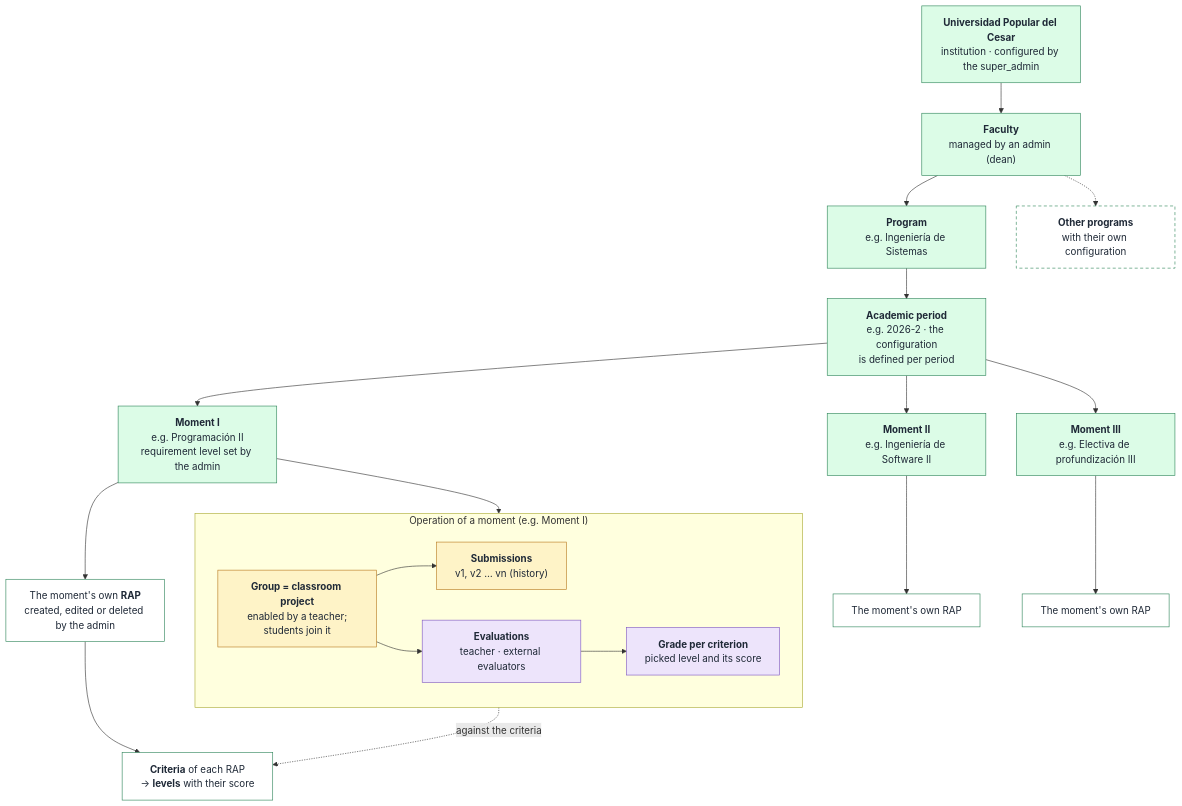
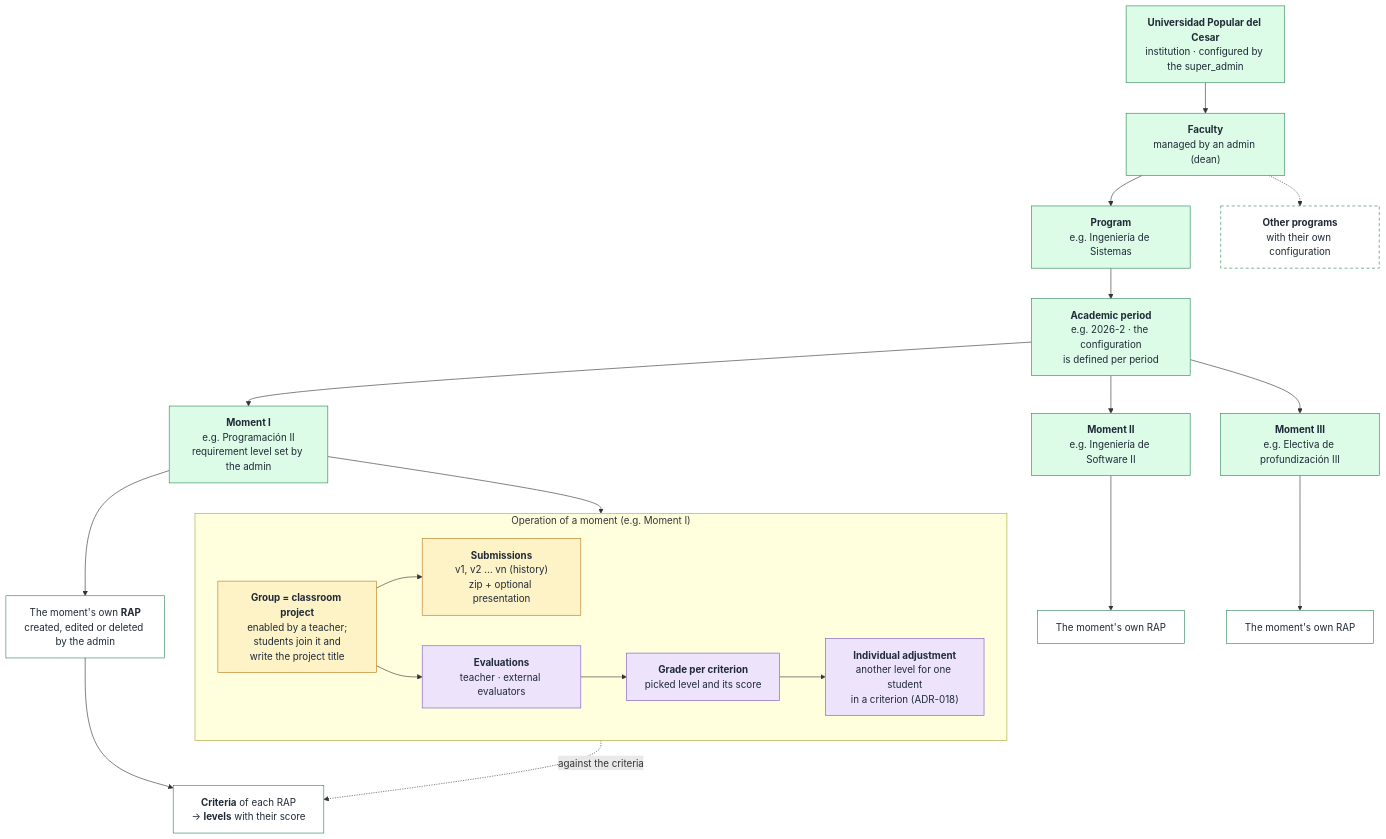
Before and after one commit to Oskarsito7/SIERAP: the fourth of 6 diagrams in docs/diagramas/diagrama_jerarquias.md, drawn with Mermaid. The commit also changed other lines of this file and 12 other files, not shown here.

First line of the commit message:
docs: regenerate the hierarchy and layer diagrams in English

````diff
--- a/docs/diagramas/diagrama_jerarquias.md
+++ b/docs/diagramas/diagrama_jerarquias.md
@@ -116,43 +170,44 @@
 ```mermaid
 flowchart TD
   UPC["<b>Universidad Popular del Cesar</b><br/>institution · configured by the super_admin"]
   FAC["<b>Faculty</b><br/>managed by an admin (dean)"]
   PROG["<b>Program</b><br/>e.g. Ingeniería de Sistemas"]
   OTROS["<b>Other programs</b><br/>with their own configuration"]
   PER["<b>Academic period</b><br/>e.g. 2026-2 · the configuration<br/>is defined per period"]
   M1["<b>Moment I</b><br/>e.g. Programación II<br/>requirement level set by the admin"]
   M2["<b>Moment II</b><br/>e.g. Ingeniería de Software II"]
   M3["<b>Moment III</b><br/>e.g. Electiva de profundización III"]
   R1["The moment's own <b>RAP</b><br/>created, edited or deleted by the admin"]
   R2["The moment's own RAP"]
   R3["The moment's own RAP"]
   CRI["<b>Criteria</b> of each RAP<br/>→ <b>levels</b> with their score"]
 
   UPC --> FAC --> PROG --> PER
   FAC -.-> OTROS
   PER --> M1 & M2 & M3
   M1 --> R1 --> CRI
   M2 --> R2
   M3 --> R3
 
   subgraph OP["Operation of a moment (e.g. Moment I)"]
     direction LR
-    GRP["<b>Group = classroom project</b><br/>enabled by a teacher;<br/>students join it"]
-    GRP --> ENT["<b>Submissions</b><br/>v1, v2 … vn (history)"]
+    GRP["<b>Group = classroom project</b><br/>enabled by a teacher;<br/>students join it and<br/>write the project title"]
+    GRP --> ENT["<b>Submissions</b><br/>v1, v2 … vn (history)<br/>zip + optional presentation"]
     GRP --> EV["<b>Evaluations</b><br/>teacher · external evaluators"]
     EV --> CAL["<b>Grade per criterion</b><br/>picked level and its score"]
+    CAL --> ADJ["<b>Individual adjustment</b><br/>another level for one student<br/>in a criterion (ADR-018)"]
   end
   M1 --> GRP
   CAL -. against the criteria .-> CRI
 
   classDef acad fill:#DCFCE7,stroke:#2F855A,color:#1F2937
   classDef oper fill:#FEF3C7,stroke:#B7791F,color:#1F2937
   classDef eval fill:#EDE4FB,stroke:#7E57C2,color:#1F2937
   classDef rap fill:#FFFFFF,stroke:#2F855A,color:#1F2937
   classDef otro fill:#FFFFFF,stroke:#2F855A,color:#1F2937,stroke-dasharray:5 4
   class UPC,FAC,PROG,PER,M1,M2,M3 acad
   class R1,R2,R3,CRI rap
   class OTROS otro
   class GRP,ENT oper
-  class EV,CAL eval
+  class EV,CAL,ADJ eval
 ```
````
